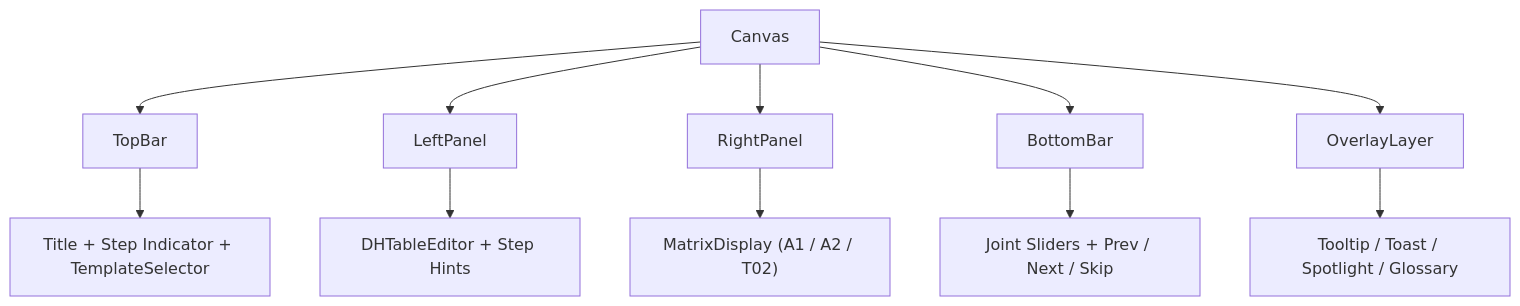
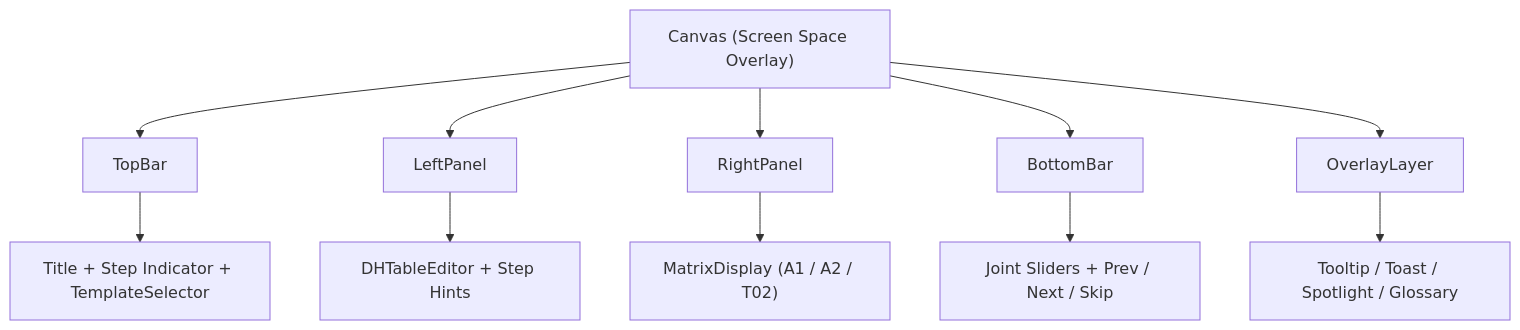
The fifth of 5 diagrams in docs/ref/architecture-diagrams.md (kimjuyoung1127/robotapp), drawn with Mermaid before and after one commit. The commit also changed other lines of this file and 8 other files, not shown here.

````diff
--- a/docs/ref/architecture-diagrams.md
+++ b/docs/ref/architecture-diagrams.md
@@ -80,14 +80,14 @@
 ```mermaid
 flowchart TB
-  A["Canvas"] --> B["TopBar"]
+  A["Canvas (Screen Space Overlay)"] --> B["TopBar"]
   A --> C["LeftPanel"]
   A --> D["RightPanel"]
   A --> E["BottomBar"]
   A --> F["OverlayLayer"]
 
   B --> B1["Title + Step Indicator + TemplateSelector"]
   C --> C1["DHTableEditor + Step Hints"]
   D --> D1["MatrixDisplay (A1 / A2 / T02)"]
   E --> E1["Joint Sliders + Prev / Next / Skip"]
   F --> F1["Tooltip / Toast / Spotlight / Glossary"]
 ```
````
